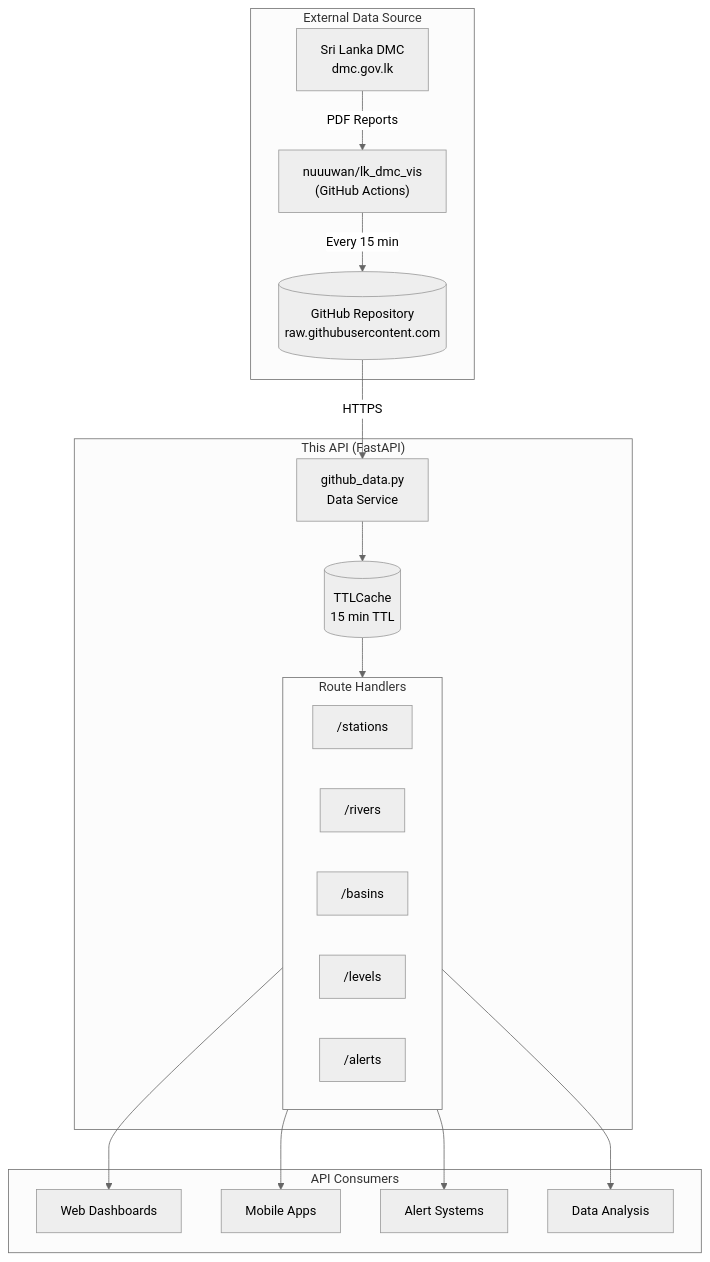
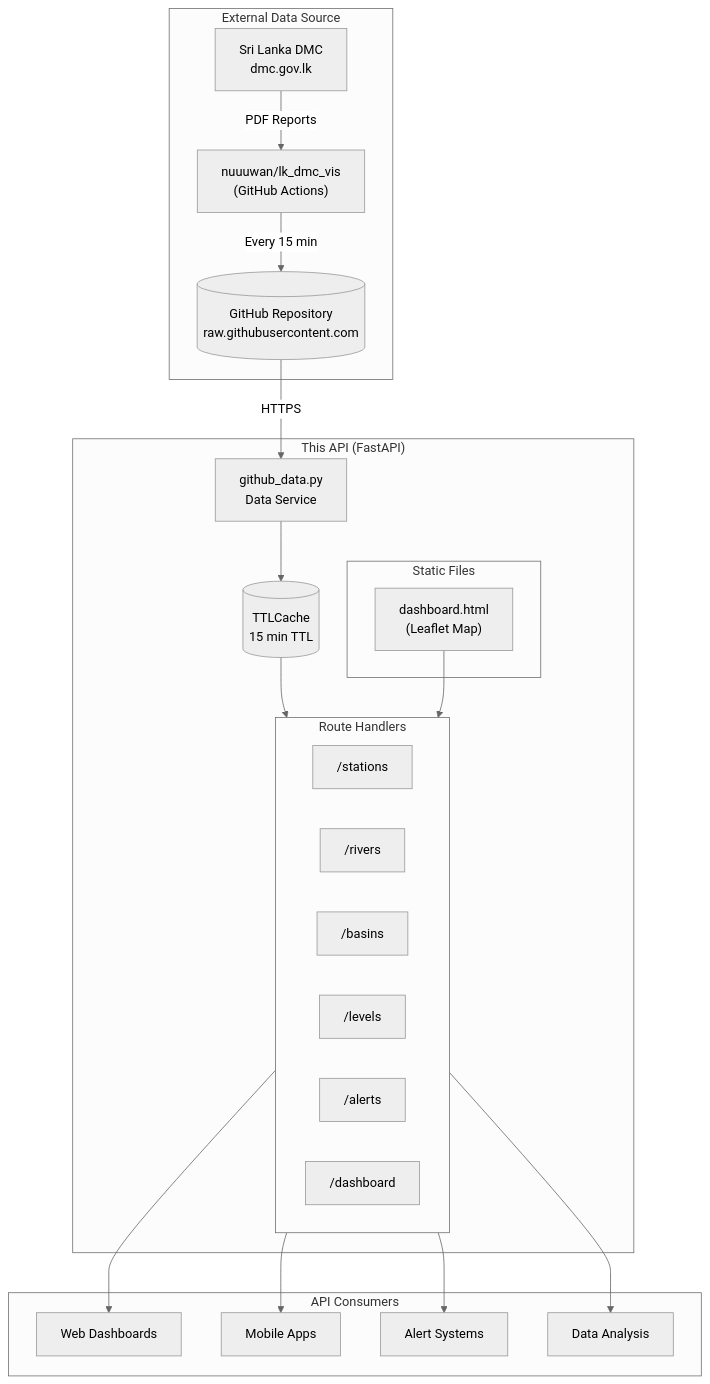
The first of 6 diagrams in ARCHITECTURE.md (yrangana/lk_flood_api), drawn with Mermaid (neutral theme) before and after one commit. The commit also changed other lines of this file and 1 other file, not shown here.

Commit message:
Update docs with dashboard information

````diff
--- a/ARCHITECTURE.md
+++ b/ARCHITECTURE.md
@@ -9,34 +9,41 @@
 ```mermaid
 flowchart TB
     subgraph External["External Data Source"]
         DMC["Sri Lanka DMC
         dmc.gov.lk"] -->|PDF Reports| Pipeline
         Pipeline["nuuuwan/lk_dmc_vis
         (GitHub Actions)"]
         Pipeline -->|Every 15 min| GH[("GitHub Repository
         raw.githubusercontent.com")]
     end
 
     subgraph API["This API (FastAPI)"]
         GH -->|HTTPS| Service["github_data.py
         Data Service"]
         Service --> Cache[("TTLCache
         15 min TTL")]
         Cache --> Routes
 
         subgraph Routes["Route Handlers"]
             R1["/stations"]
             R2["/rivers"]
             R3["/basins"]
             R4["/levels"]
             R5["/alerts"]
+            R6["/dashboard"]
+        end
+
+        subgraph Static["Static Files"]
+            Dashboard["dashboard.html
+            (Leaflet Map)"]
         end
     end
 
     subgraph Consumers["API Consumers"]
         Routes --> Web["Web Dashboards"]
         Routes --> Mobile["Mobile Apps"]
         Routes --> Alerts["Alert Systems"]
         Routes --> Analysis["Data Analysis"]
+        Dashboard --> Routes
     end
 ```
````
